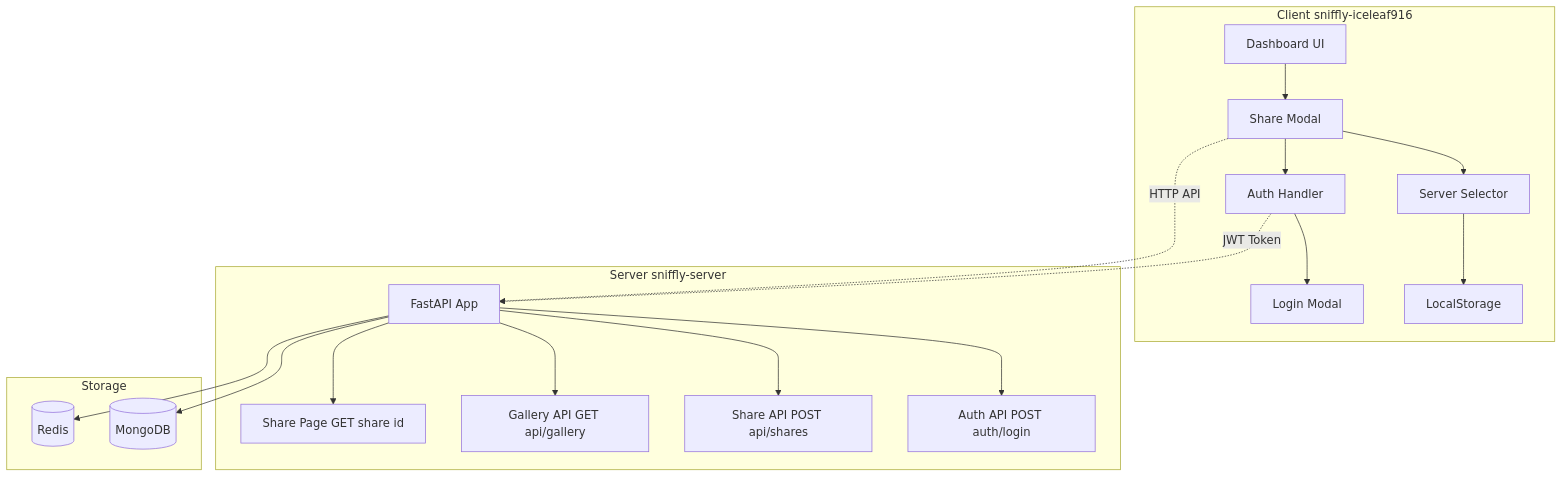
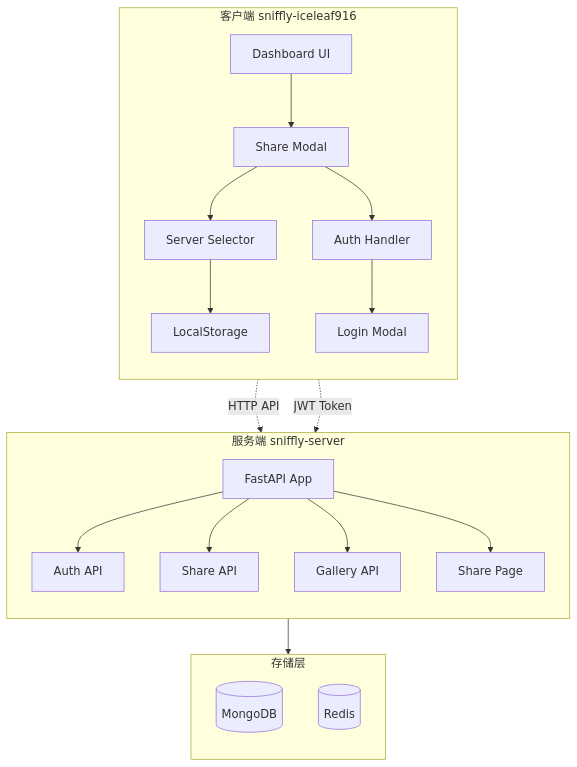
One commit to lzwind/sniffly changed the first of 4 diagrams in docs/superpowers/specs/2026-03-30-sniffly-share-server-design.md. Above: the diagram before and after it, drawn with Mermaid.

Commit message:
Change mermaid diagram to vertical layout

````diff
--- a/docs/superpowers/specs/2026-03-30-sniffly-share-server-design.md
+++ b/docs/superpowers/specs/2026-03-30-sniffly-share-server-design.md
@@ -32,27 +32,29 @@
 ```mermaid
-graph TB
-    subgraph "Client sniffly-iceleaf916"
+flowchart TB
+    subgraph Client["客户端 sniffly-iceleaf916"]
+        direction TB
         A[Dashboard UI] --> B[Share Modal]
         B --> C[Server Selector]
         B --> D[Auth Handler]
         C --> E["LocalStorage"]
         D --> F[Login Modal]
     end
 
-    subgraph "Server sniffly-server"
-        G[FastAPI App] --> H["Auth API POST auth/login"]
-        G --> I["Share API POST api/shares"]
-        G --> J["Gallery API GET api/gallery"]
-        G --> K["Share Page GET share id"]
+    subgraph Server["服务端 sniffly-server"]
+        direction TB
+        G[FastAPI App] --> H["Auth API"]
+        G --> I["Share API"]
+        G --> J["Gallery API"]
+        G --> K["Share Page"]
     end
 
-    subgraph "Storage"
+    subgraph Storage["存储层"]
+        direction TB
         L[(MongoDB)]
         M[(Redis)]
     end
 
-    B -.->|HTTP API| G
-    D -.->|JWT Token| G
-    G --> L
-    G --> M
+    Client -.->|HTTP API| Server
+    Client -.->|JWT Token| Server
+    Server --> Storage
 ```
````
